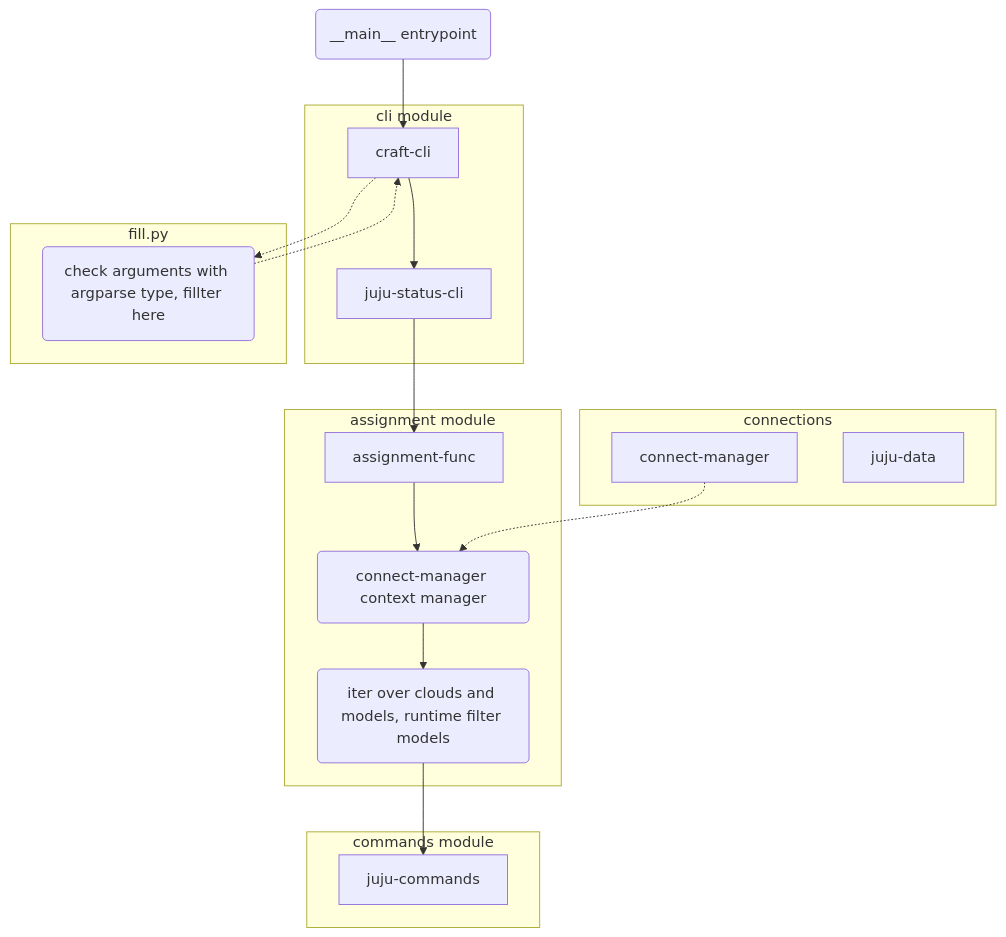
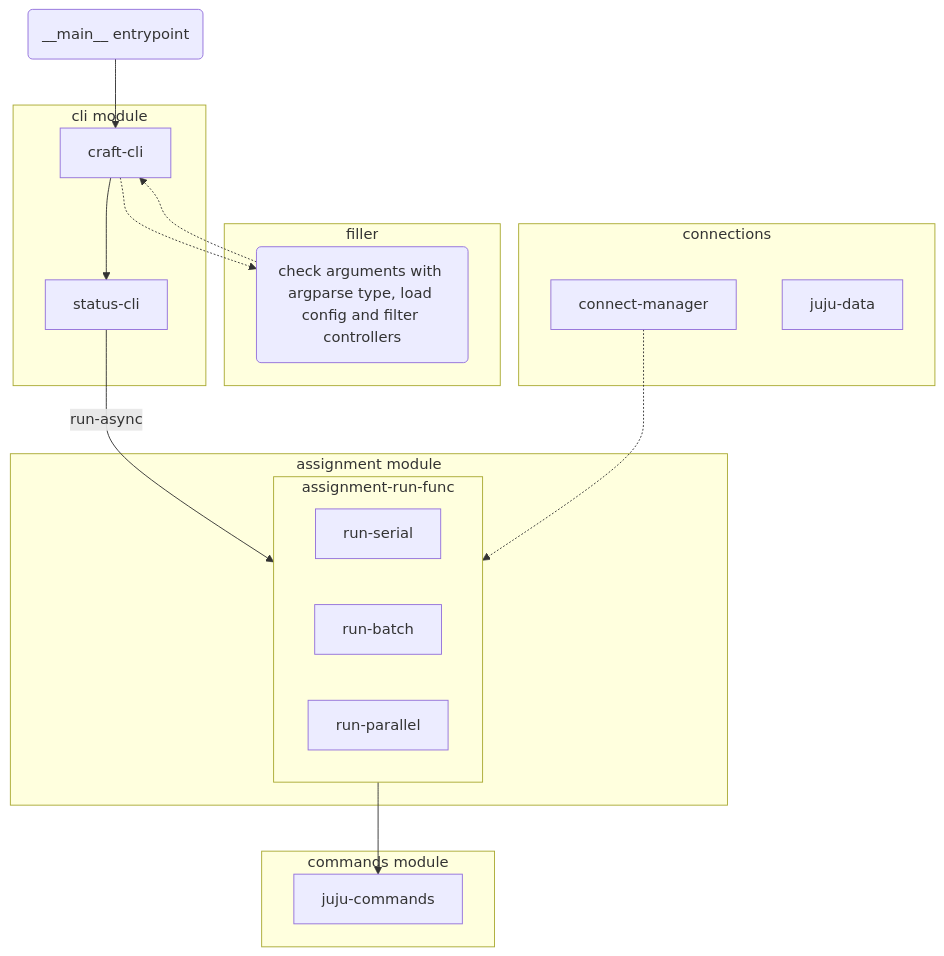
The diagram in docs/workflow.md (rgildein/juju-spell), drawn with Mermaid before and after one commit. The commit also changed other lines of this file, not shown here.

Commit message:
docs(docs/workflow.md): Update workflow diagram

````diff
--- a/docs/workflow.md
+++ b/docs/workflow.md
@@ -4,45 +4,49 @@
 ```mermaid
 flowchart TD
 
 main(__main__ entrypoint)
-check-arguments(check arguments with argparse type, fillter here)
-juju-status-cli
-connect-manager-context-manager(connect-manager context manager)
-assignment-iter(iter over clouds and models, runtime filter models)
+check-arguments(check arguments with argparse type, load config and filter controllers)
+status-cli
 
 subgraph cli module
 craft-cli
-juju-status-cli
+status-cli
 end
 
-subgraph fill.py
+subgraph filler
 check-arguments
 end
 
 subgraph assignment module
-assignment-func
-connect-manager-context-manager
-assignment-iter
+assignment-run-func
 end
 
 subgraph commands module
 juju-commands
 end
 
 subgraph connections
 connect-manager
 juju-data
 end
 
 main --> craft-cli
 
 craft-cli -.-> check-arguments
 
 check-arguments -.-> craft-cli
 
-craft-cli --> juju-status-cli
-juju-status-cli --> assignment-func --> connect-manager-context-manager
-connect-manager -.-> connect-manager-context-manager
-connect-manager-context-manager--> assignment-iter
-assignment-iter --> juju-commands
+craft-cli --> status-cli
+
+subgraph assignment-run-func
+
+run-serial
+run-batch
+run-parallel
+end
+
+status-cli --run-async--> assignment-run-func
+connect-manager -.-> assignment-run-func
+
+assignment-run-func --> juju-commands
 ```
````
